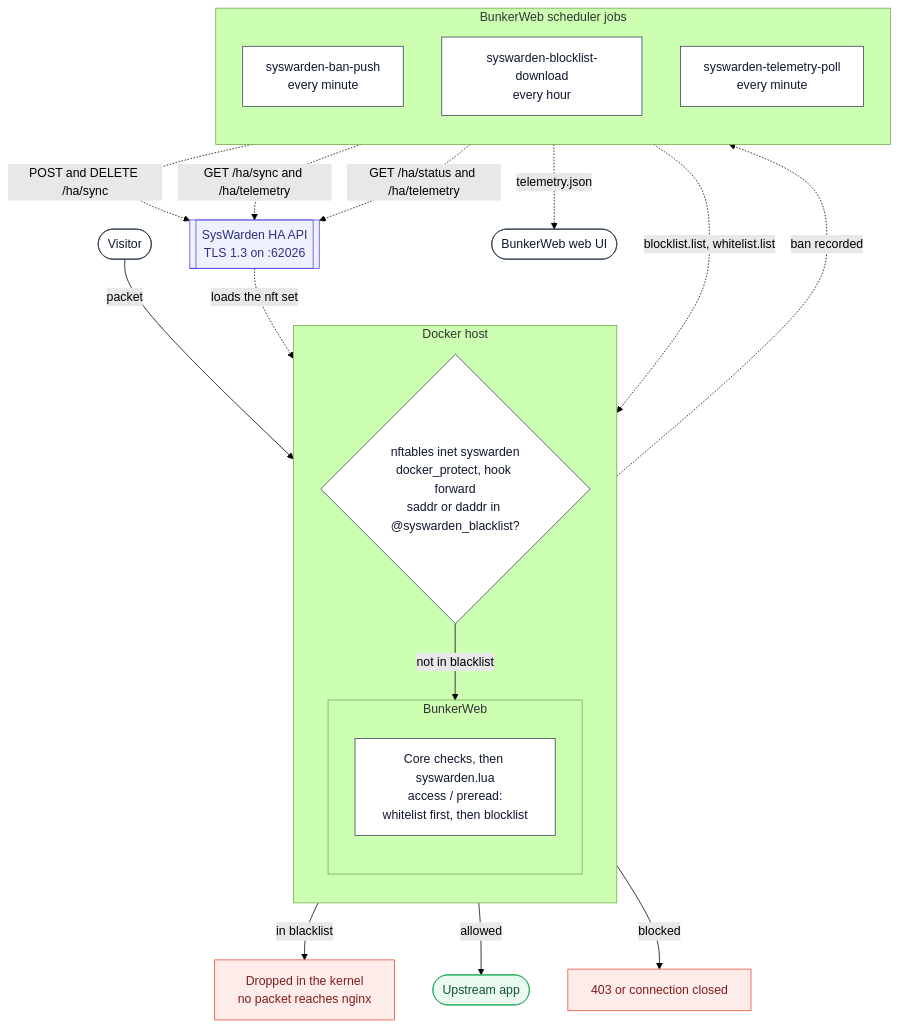
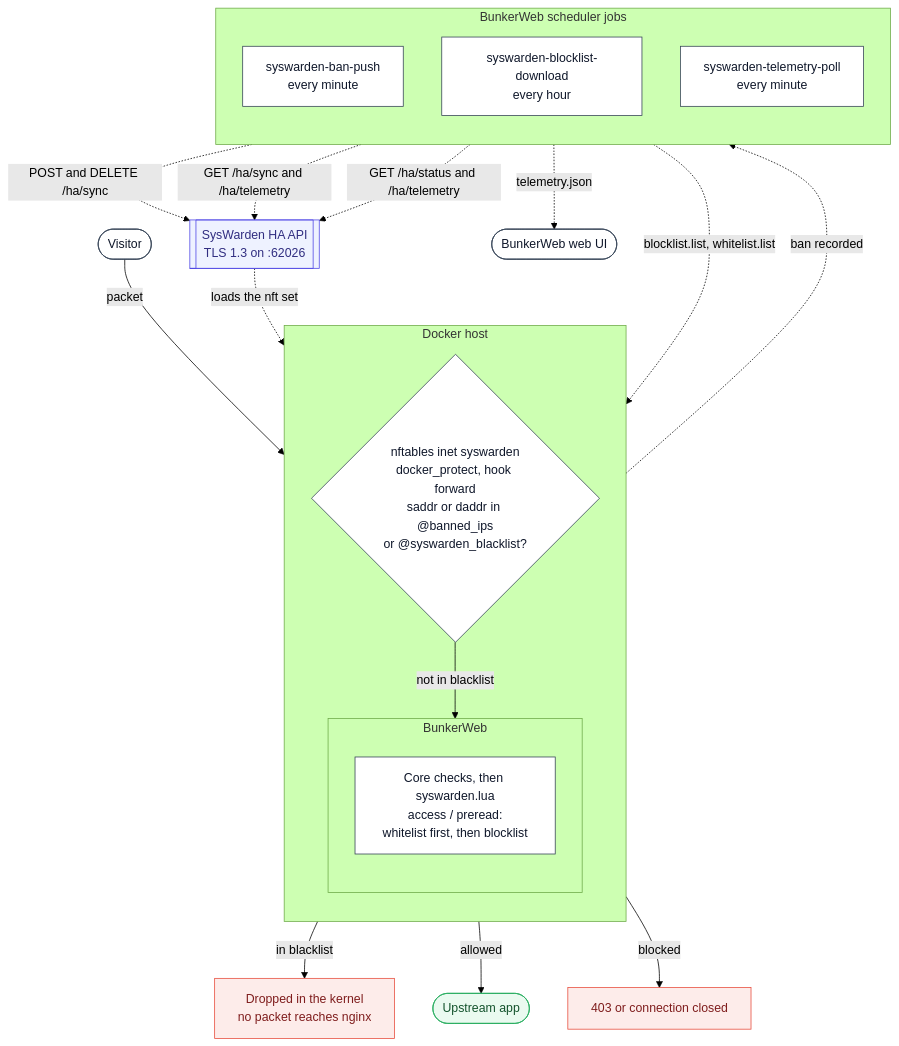
The diagram in syswarden/docs/diagram.mmd (bunkerity/bunkerweb-plugins), drawn with Mermaid (forest theme) before and after one commit. The commit also changed 18 other files, not shown here.

```diff
--- a/syswarden/docs/diagram.mmd
+++ b/syswarden/docs/diagram.mmd
@@ -1,51 +1,51 @@
 flowchart TD
     accTitle: BunkerWeb SysWarden plugin
     accDescr: BunkerWeb inspects traffic at Layer 7 and bans attackers. The scheduler pushes those bans to SysWarden's HA API, which loads them into an nftables set so the same attacker is dropped in the kernel for every service on the host, containers included. In the other direction the scheduler downloads SysWarden's blocklist and whitelist so BunkerWeb can also deny those peers at Layer 7, and polls status and telemetry for the web UI.
 
     visitor([Visitor])
 
     subgraph host[Docker host]
         direction TB
-        nft{"nftables inet syswarden<br/>docker_protect, hook forward<br/>saddr or daddr in @syswarden_blacklist?"}
+        nft{"nftables inet syswarden<br/>docker_protect, hook forward<br/>saddr or daddr in @banned_ips<br/>or @syswarden_blacklist?"}
         subgraph bw[BunkerWeb]
             direction TB
             l7["Core checks, then syswarden.lua<br/>access / preread:<br/>whitelist first, then blocklist"]
         end
     end
 
     drop["Dropped in the kernel<br/>no packet reaches nginx"]
     deny["403 or connection closed"]
     upstream([Upstream app])
 
     subgraph sched[BunkerWeb scheduler jobs]
         direction TB
         push["syswarden-ban-push<br/>every minute"]
         pull["syswarden-blocklist-download<br/>every hour"]
         tel["syswarden-telemetry-poll<br/>every minute"]
     end
 
     swapi[["SysWarden HA API<br/>TLS 1.3 on :62026"]]
     ui([BunkerWeb web UI])
 
     visitor -->|packet| nft
     nft -->|in blacklist| drop
     nft -->|not in blacklist| l7
     l7 -->|allowed| upstream
     l7 -->|blocked| deny
 
     l7 -.->|ban recorded| push
     push -.->|"POST and DELETE /ha/sync"| swapi
     swapi -.->|loads the nft set| nft
     pull -.->|"GET /ha/sync and /ha/telemetry"| swapi
     pull -.->|blocklist.list, whitelist.list| l7
     tel -.->|"GET /ha/status and /ha/telemetry"| swapi
     tel -.->|telemetry.json| ui
 
     classDef ok fill:#eafaf0,stroke:#27ae60,color:#14532d;
     classDef deny fill:#fdecea,stroke:#e74c3c,color:#7f1d1d;
     classDef swc fill:#eef2ff,stroke:#4f46e5,color:#312e81;
     classDef app fill:#ffffff,stroke:#334155,color:#0f172a;
     class upstream ok;
     class drop,deny deny;
     class swapi swc;
     class visitor,nft,l7,push,pull,tel,ui app;
```
